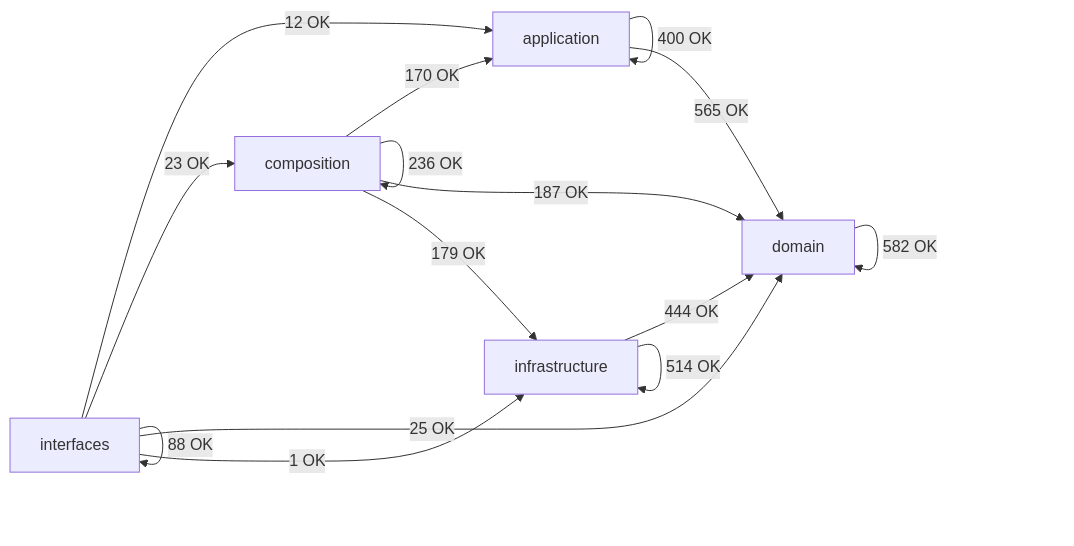
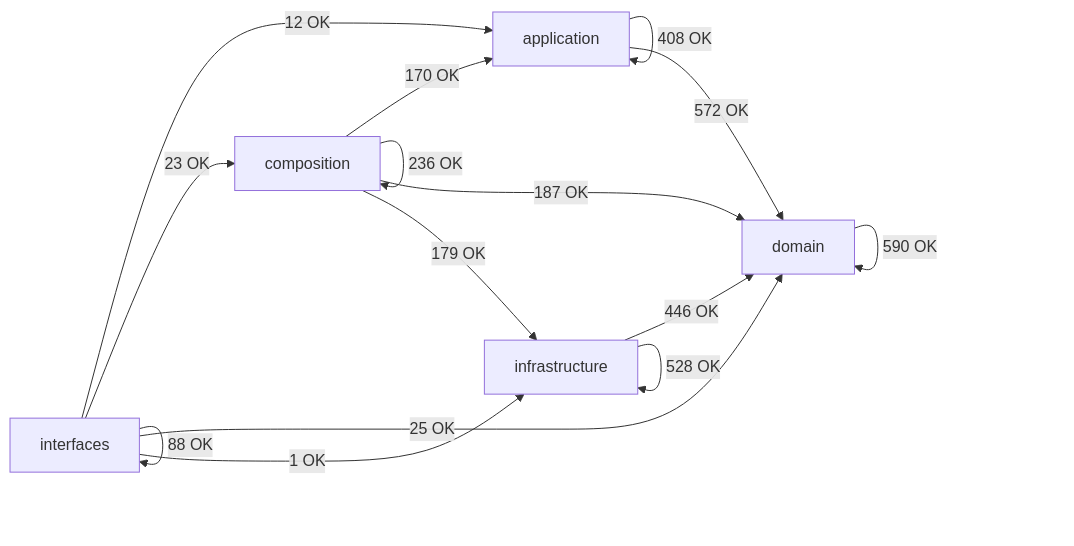
The diagram in docs/02-architecture/generated/module-dependency-map.md (SatoryKono/BioactivityDataAcquisition), drawn with Mermaid before and after one commit. The commit also changed other lines of this file and 27 other files, not shown here.

First line of the commit message:
refactor(metrics): reduce size and complexity of architecture metric exemptions configuration

````diff
--- a/docs/02-architecture/generated/module-dependency-map.md
+++ b/docs/02-architecture/generated/module-dependency-map.md
@@ -15,22 +15,22 @@
 ```mermaid
 flowchart LR
     domain[domain]
     application[application]
     infrastructure[infrastructure]
     composition[composition]
     interfaces[interfaces]
-    application -->|400 OK| application
-    application -->|565 OK| domain
+    application -->|408 OK| application
+    application -->|572 OK| domain
     composition -->|170 OK| application
     composition -->|236 OK| composition
     composition -->|187 OK| domain
     composition -->|179 OK| infrastructure
-    domain -->|582 OK| domain
-    infrastructure -->|444 OK| domain
-    infrastructure -->|514 OK| infrastructure
+    domain -->|590 OK| domain
+    infrastructure -->|446 OK| domain
+    infrastructure -->|528 OK| infrastructure
     interfaces -->|12 OK| application
     interfaces -->|23 OK| composition
     interfaces -->|25 OK| domain
     interfaces -->|1 OK| infrastructure
     interfaces -->|88 OK| interfaces
 ```
````
